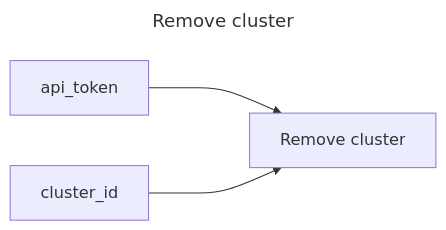
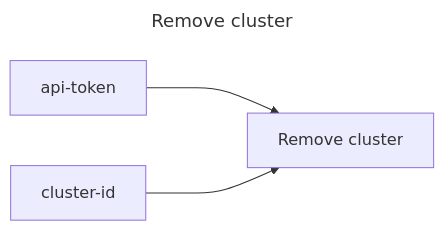
Before and after one commit to replicatedhq/replicated-actions: the diagram in remove-cluster/README.md, drawn with Mermaid. The commit also changed 12 other files, not shown here.

````diff
--- a/remove-cluster/README.md
+++ b/remove-cluster/README.md
@@ -3,9 +3,11 @@
 ```mermaid
 ---
 title: Remove cluster
 ---
 graph LR
 remove_cluster["Remove cluster"]
+api_token["api-token"]
+cluster_id["cluster-id"]
 api_token ---> remove_cluster
 cluster_id ---> remove_cluster
 ```
````
